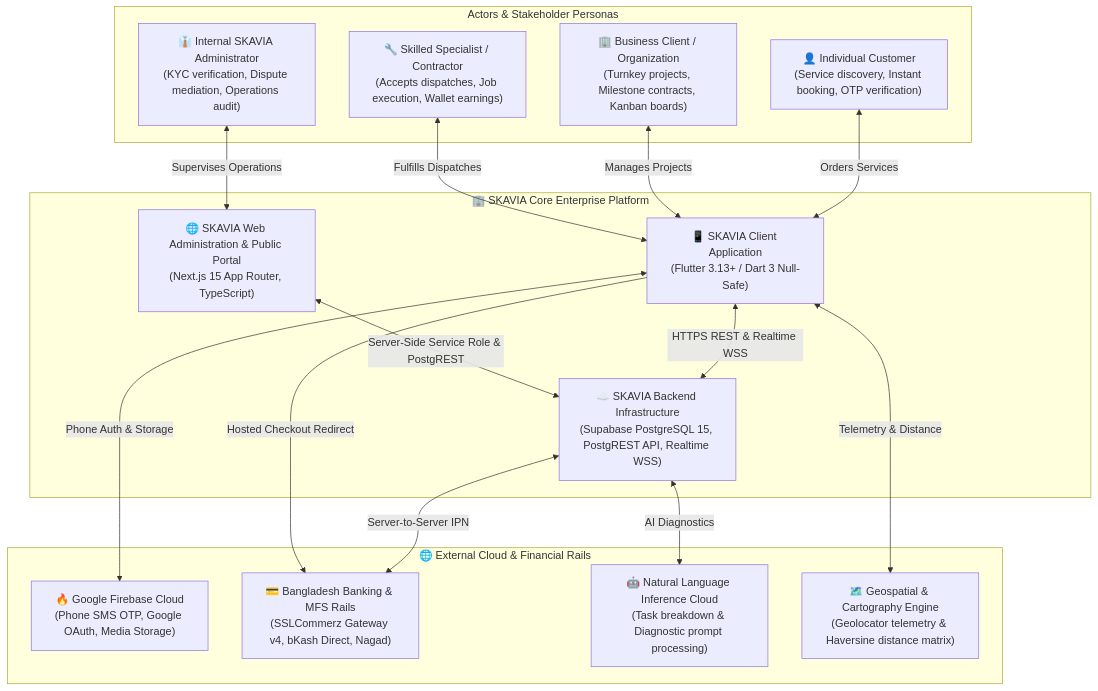
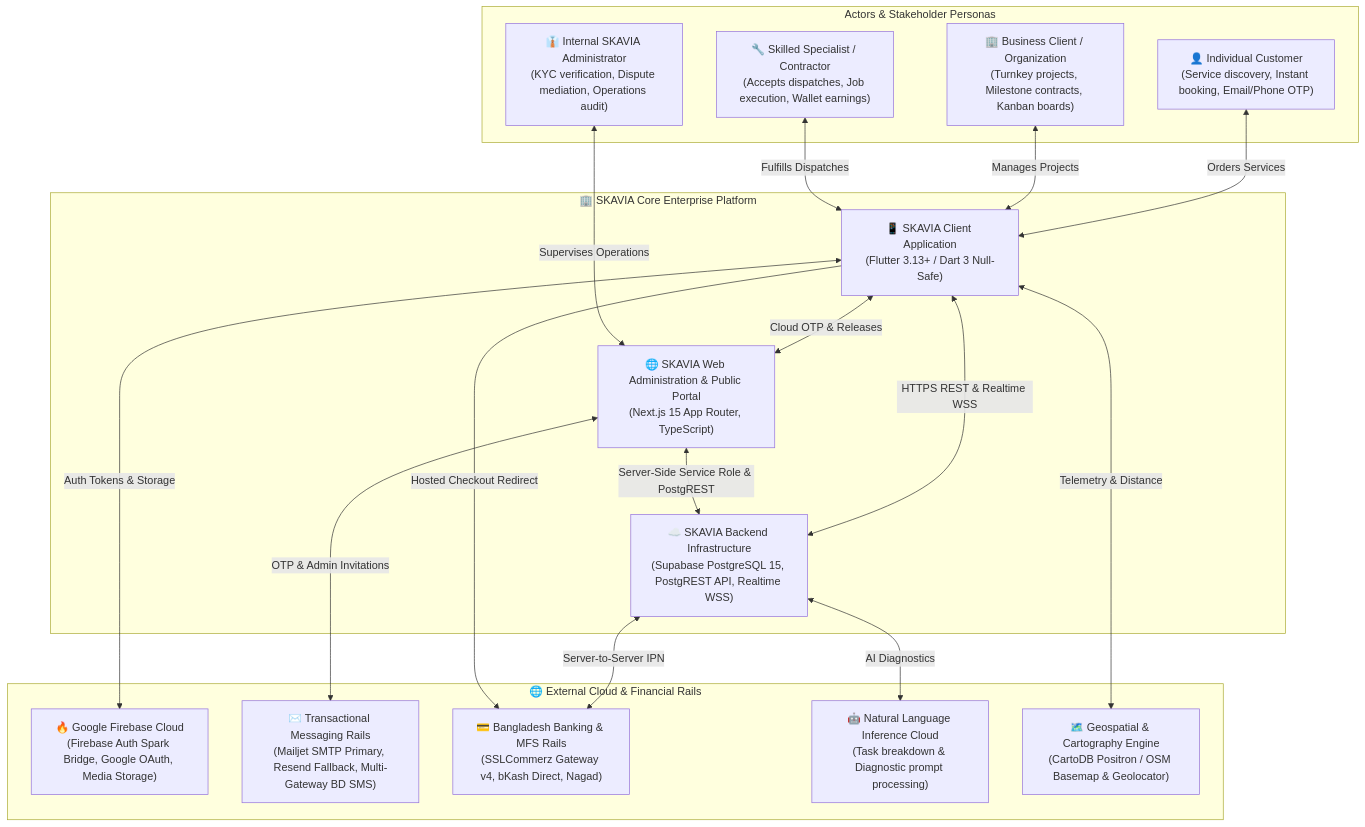
The diagram in docs/diagrams/system-context.mmd (Ti838/SKAVIA), drawn with Mermaid before and after one commit. The commit also changed 8 other files, not shown here.

First line of the commit message:
chore(cleanup): remove scratch test scripts and update all system documentation & diagrams

```diff
--- a/docs/diagrams/system-context.mmd
+++ b/docs/diagrams/system-context.mmd
@@ -1,34 +1,37 @@
 graph TB
     subgraph Users ["Actors & Stakeholder Personas"]
-        ClientUser["👤 Individual Customer<br/>(Service discovery, Instant booking, OTP verification)"]
+        ClientUser["👤 Individual Customer<br/>(Service discovery, Instant booking, Email/Phone OTP)"]
         BizUser["🏢 Business Client / Organization<br/>(Turnkey projects, Milestone contracts, Kanban boards)"]
         WorkerUser["🔧 Skilled Specialist / Contractor<br/>(Accepts dispatches, Job execution, Wallet earnings)"]
         AdminUser["👔 Internal SKAVIA Administrator<br/>(KYC verification, Dispute mediation, Operations audit)"]
     end
 
     subgraph SKAVIA_System ["🏢 SKAVIA Core Enterprise Platform"]
         UserApp["📱 SKAVIA Client Application<br/>(Flutter 3.13+ / Dart 3 Null-Safe)"]
         AdminWeb["🌐 SKAVIA Web Administration & Public Portal<br/>(Next.js 15 App Router, TypeScript)"]
         CloudBackend["☁️ SKAVIA Backend Infrastructure<br/>(Supabase PostgreSQL 15, PostgREST API, Realtime WSS)"]
         
         UserApp <-->|HTTPS REST & Realtime WSS| CloudBackend
         AdminWeb <-->|Server-Side Service Role & PostgREST| CloudBackend
+        UserApp <-->|Cloud OTP & Releases| AdminWeb
     end
 
     subgraph External_Services ["🌐 External Cloud & Financial Rails"]
-        FirebaseEngine["🔥 Google Firebase Cloud<br/>(Phone SMS OTP, Google OAuth, Media Storage)"]
+        FirebaseEngine["🔥 Google Firebase Cloud<br/>(Firebase Auth Spark Bridge, Google OAuth, Media Storage)"]
+        EmailEngine["✉️ Transactional Messaging Rails<br/>(Mailjet SMTP Primary, Resend Fallback, Multi-Gateway BD SMS)"]
         PaymentRails["💳 Bangladesh Banking & MFS Rails<br/>(SSLCommerz Gateway v4, bKash Direct, Nagad)"]
         AIEngines["🤖 Natural Language Inference Cloud<br/>(Task breakdown & Diagnostic prompt processing)"]
-        MapEngine["🗺️ Geospatial & Cartography Engine<br/>(Geolocator telemetry & Haversine distance matrix)"]
+        MapEngine["🗺️ Geospatial & Cartography Engine<br/>(CartoDB Positron / OSM Basemap & Geolocator)"]
     end
 
     ClientUser <-->|Orders Services| UserApp
     BizUser <-->|Manages Projects| UserApp
     WorkerUser <-->|Fulfills Dispatches| UserApp
     AdminUser <-->|Supervises Operations| AdminWeb
 
-    UserApp <-->|Phone Auth & Storage| FirebaseEngine
+    UserApp <-->|Auth Tokens & Storage| FirebaseEngine
+    AdminWeb <-->|OTP & Admin Invitations| EmailEngine
     UserApp <-->|Telemetry & Distance| MapEngine
     CloudBackend <-->|AI Diagnostics| AIEngines
     CloudBackend <-->|Server-to-Server IPN| PaymentRails
     UserApp -->|Hosted Checkout Redirect| PaymentRails
```
